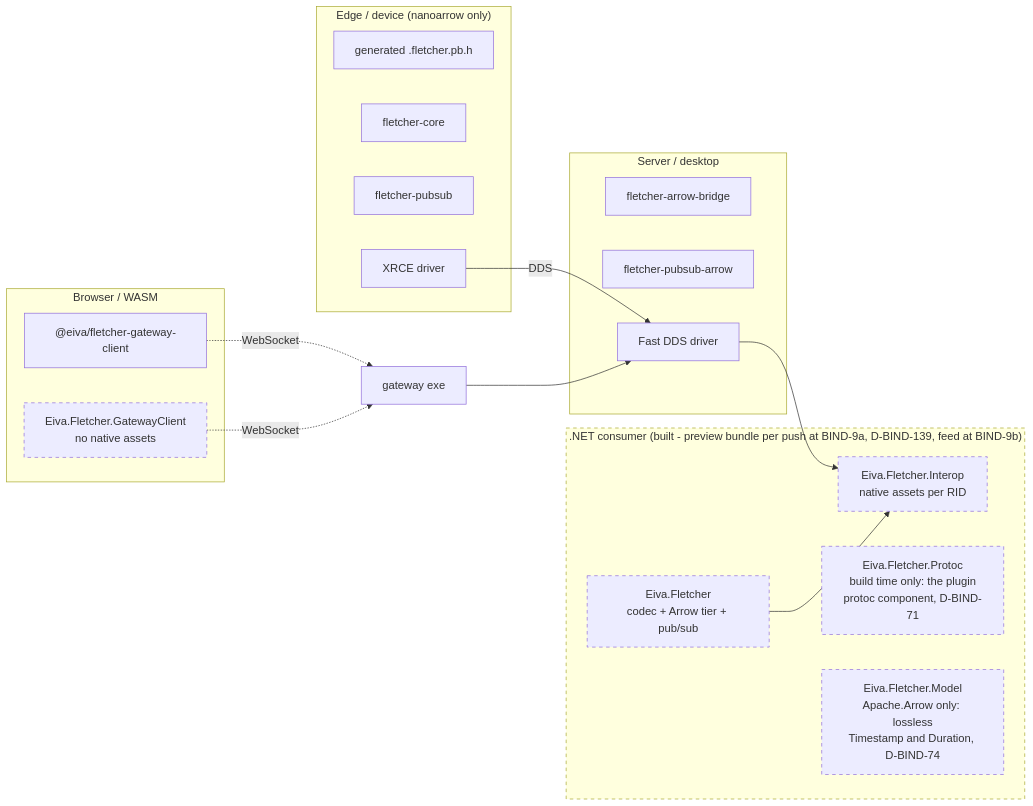
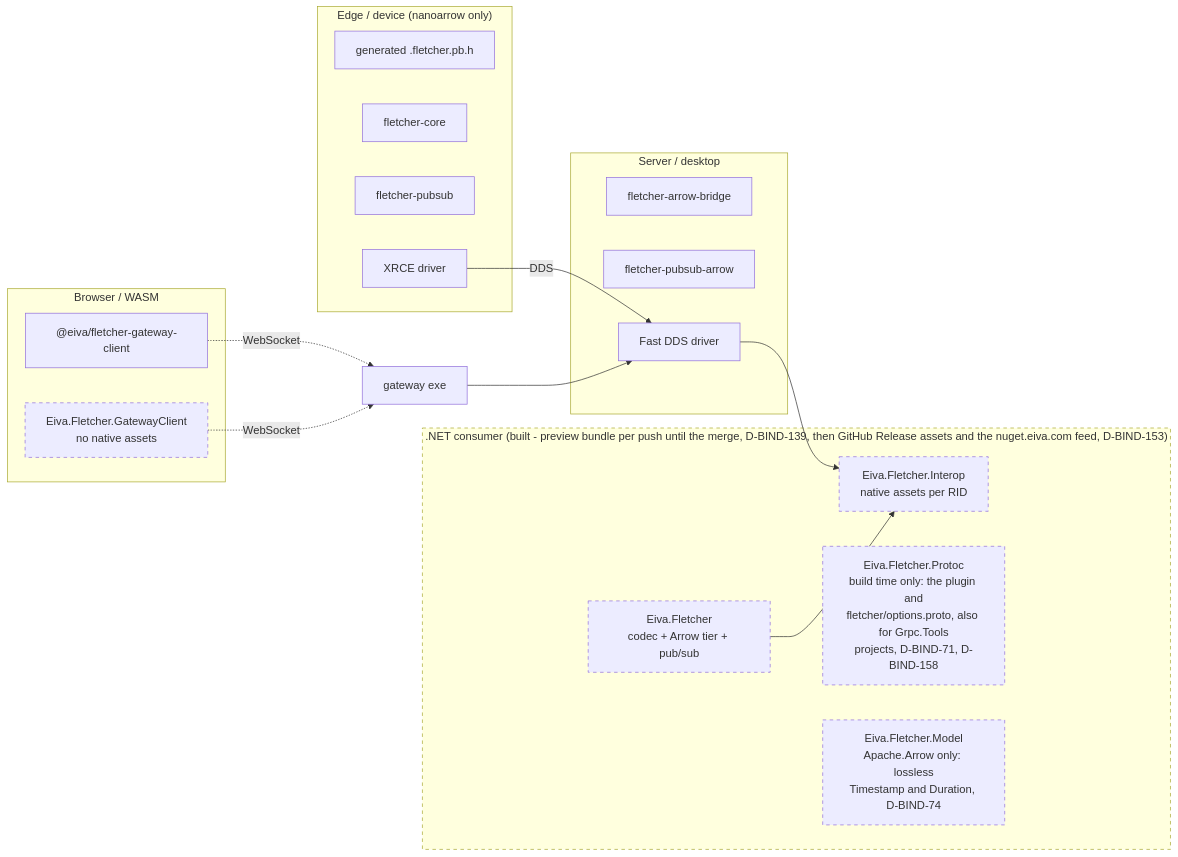
Before and after one commit to eivacom/Fletcher: the ninth of 12 diagrams in plans/BIND-architecture-diagrams.md, drawn with Mermaid. The commit also changed other lines of this file and 4 other files, not shown here.

````diff
--- a/plans/BIND-architecture-diagrams.md
+++ b/plans/BIND-architecture-diagrams.md
@@ -616,34 +616,34 @@
 ```mermaid
 flowchart LR
     subgraph edge["Edge / device (nanoarrow only)"]
         E1["generated .fletcher.pb.h"]
         E2["fletcher-core"]
         E3["fletcher-pubsub"]
         E4["XRCE driver"]
     end
     subgraph server["Server / desktop"]
         S1["fletcher-arrow-bridge"]
         S2["fletcher-pubsub-arrow"]
         S3["Fast DDS driver"]
     end
-    subgraph dotnet[".NET consumer (built - preview bundle per push at BIND-9a, D-BIND-139, feed at BIND-9b)"]
+    subgraph dotnet[".NET consumer (built - preview bundle per push until the merge, D-BIND-139, then GitHub Release assets and the nuget.eiva.com feed, D-BIND-153)"]
         D1["Eiva.Fletcher<br/>codec + Arrow tier + pub/sub"]
         D2["Eiva.Fletcher.Interop<br/>native assets per RID"]
-        D3["Eiva.Fletcher.Protoc<br/>build time only: the plugin<br/>protoc component, D-BIND-71"]
+        D3["Eiva.Fletcher.Protoc<br/>build time only: the plugin and<br/>fletcher/options.proto, also for Grpc.Tools<br/>projects, D-BIND-71, D-BIND-158"]
         D4["Eiva.Fletcher.Model<br/>Apache.Arrow only: lossless<br/>Timestamp and Duration, D-BIND-74"]
     end
     subgraph browser["Browser / WASM"]
         B1["@eiva/fletcher-gateway-client"]
         B2["Eiva.Fletcher.GatewayClient<br/>no native assets"]
     end
 
     E4 -->|DDS| S3
     S3 --> D2
     D1 --> D2
     B1 -.->|WebSocket| GW["gateway exe"]
     B2 -.->|WebSocket| GW
     GW --> S3
 
     classDef planned stroke-dasharray: 5 5
     class dotnet,D1,D2,D3,D4,B2 planned
 ```
````
